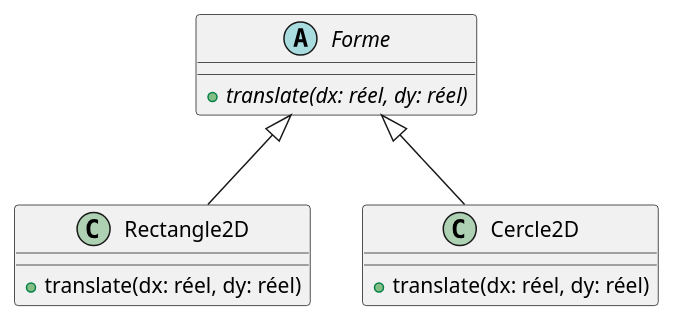
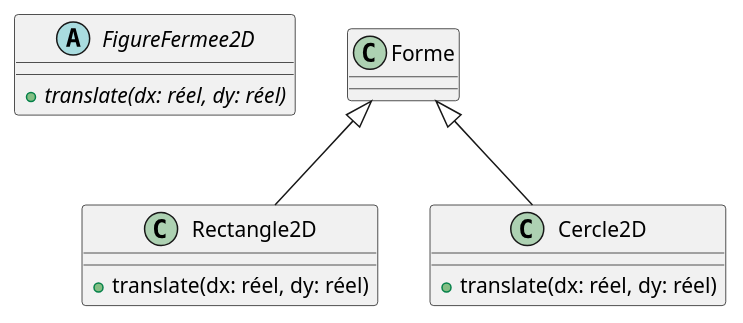
One commit to hal91190/refcard-java changed the sixth of 6 diagrams in src/docs/asciidoc/inheritance.adoc. Above: the diagram before and after it, drawn with PlantUML. The commit also changed other lines of this file and 4 other files, not shown here.

```diff
--- a/src/docs/asciidoc/inheritance.adoc
+++ b/src/docs/asciidoc/inheritance.adoc
@@ -330,17 +331,17 @@
 [plantuml,hierarchie_heritage,png]
 ....
-abstract class Forme {
+abstract class FigureFermee2D {
     + {abstract} translate(dx: réel, dy: réel)
 }
 
 class Rectangle2D {
     +translate(dx: réel, dy: réel)
 }
 
 class Cercle2D {
     +translate(dx: réel, dy: réel)
 }
 
 Forme <|-- Cercle2D
 Forme <|-- Rectangle2D
 ....
```
